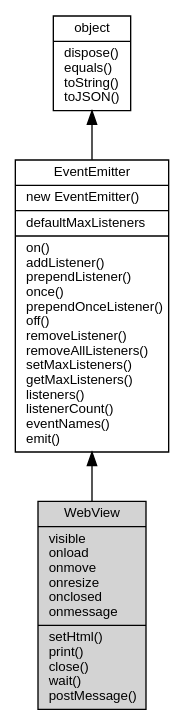
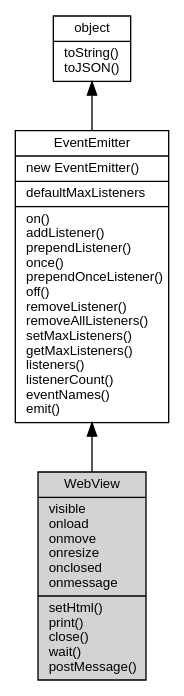
One commit to asionius/fibjs-ceph changed the diagram in docs/object/ifs/WebView.md. Above: the diagram before and after it, drawn with Graphviz. The commit also changed other lines of this file and 138 other files, not shown here.

````diff
--- a/docs/object/ifs/WebView.md
+++ b/docs/object/ifs/WebView.md
@@ -55,12 +55,12 @@
 ```dot
 digraph {
     node [fontname="Helvetica,sans-Serif", fontsize=10, shape="record", style="filled", fillcolor="white"];
 
-    object [tooltip="object", URL="object.md", label="{object|dispose()\lequals()\ltoString()\ltoJSON()\l}"];
+    object [tooltip="object", URL="object.md", label="{object|toString()\ltoJSON()\l}"];
     EventEmitter [tooltip="EventEmitter", URL="EventEmitter.md", label="{EventEmitter|new EventEmitter()\l|defaultMaxListeners\l|on()\laddListener()\lprependListener()\lonce()\lprependOnceListener()\loff()\lremoveListener()\lremoveAllListeners()\lsetMaxListeners()\lgetMaxListeners()\llisteners()\llistenerCount()\leventNames()\lemit()\l}"];
-    WebView [tooltip="WebView", fillcolor="lightgray", label="{WebView|visible\lonload\lonmove\lonresize\lonclosed\lonmessage\l|setHtml()\lprint()\lclose()\lwait()\lpostMessage()\l}"];
+    WebView [tooltip="WebView", fillcolor="lightgray", id="me", label="{WebView|visible\lonload\lonmove\lonresize\lonclosed\lonmessage\l|setHtml()\lprint()\lclose()\lwait()\lpostMessage()\l}"];
 
     object -> EventEmitter [dir=back];
     EventEmitter -> WebView [dir=back];
 }
 ```
````
